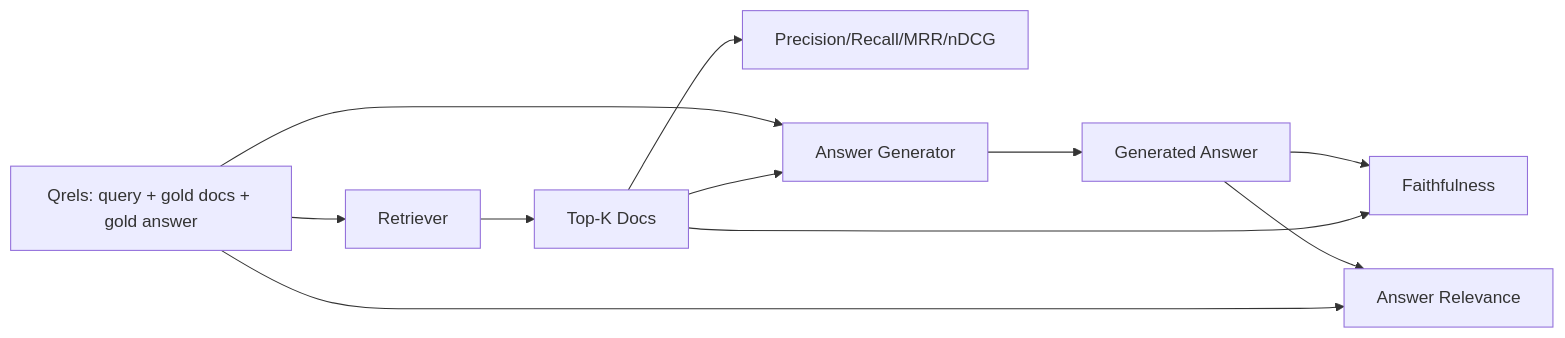
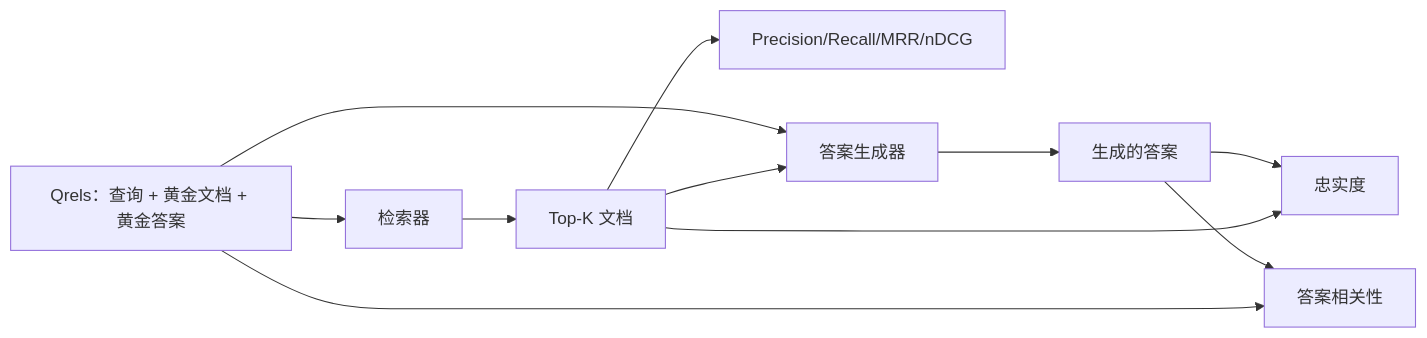
The diagram in lessons/19-capstone-projects/68-rag-eval-precision-recall/docs/zh.md (guangningsun/ailearning), drawn with Mermaid before and after one commit. The commit also changed other lines of this file and 85 other files, not shown here.

````diff
--- a/lessons/19-capstone-projects/68-rag-eval-precision-recall/docs/zh.md
+++ b/lessons/19-capstone-projects/68-rag-eval-precision-recall/docs/zh.md
@@ -31,13 +32,13 @@
 ```mermaid
 flowchart LR
-  Qrels[Qrels: query + gold docs + gold answer] --> Retriever[Retriever]
-  Retriever --> Top[Top-K Docs]
+  Qrels[Qrels：查询 + 黄金文档 + 黄金答案] --> Retriever[检索器]
+  Retriever --> Top[Top-K 文档]
   Top --> Retrieval[Precision/Recall/MRR/nDCG]
-  Qrels --> Gen[Answer Generator]
+  Qrels --> Gen[答案生成器]
   Top --> Gen
-  Gen --> Answer[Generated Answer]
-  Answer --> Faithful[Faithfulness]
+  Gen --> Answer[生成的答案]
+  Answer --> Faithful[忠实度]
   Top --> Faithful
-  Answer --> Relevant[Answer Relevance]
+  Answer --> Relevant[答案相关性]
   Qrels --> Relevant
 ```
````
